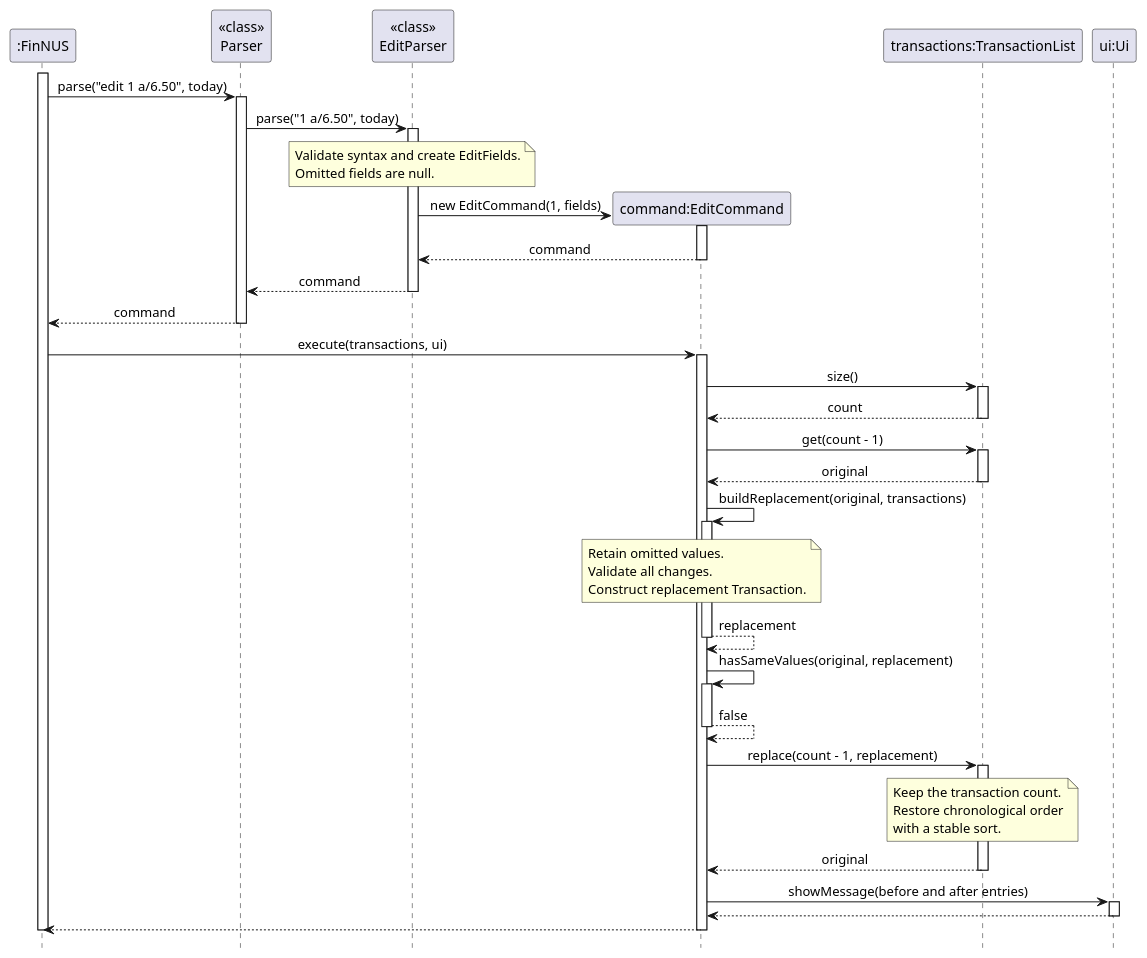
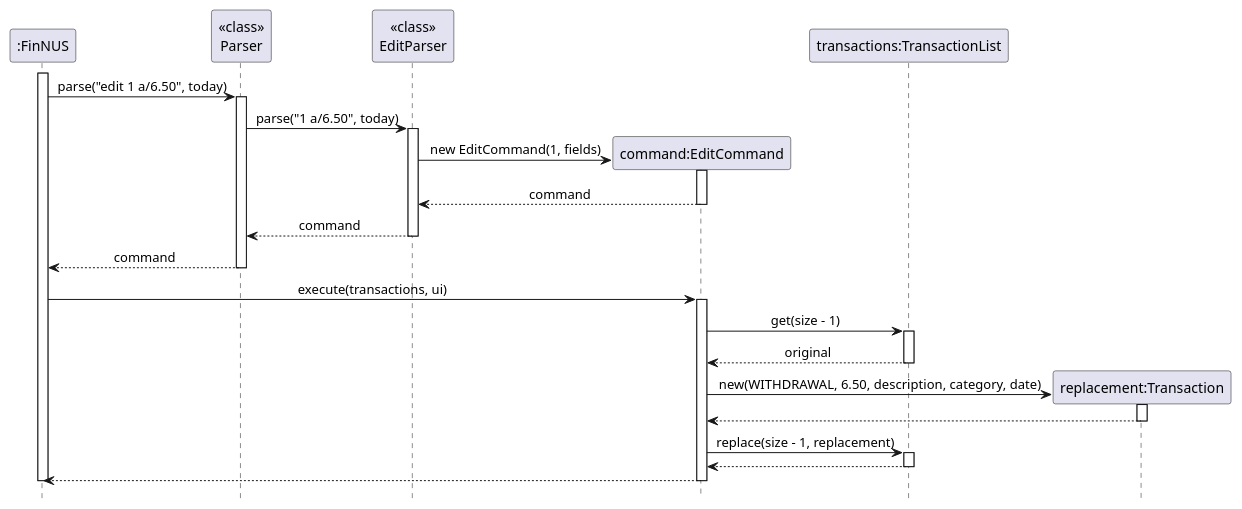
One commit to AY2627S1-CS2113-W13-2/tp changed the diagram in docs/diagrams/EditSequenceDiagram.puml. Above: the diagram before and after it, drawn with PlantUML. The commit also changed 1 other file, not shown here.

Commit message:
Simplify UML diagram of EditSequenceDiagram.puml in DG

```diff
--- a/docs/diagrams/EditSequenceDiagram.puml
+++ b/docs/diagrams/EditSequenceDiagram.puml
@@ -1,75 +1,50 @@
 @startuml EditSequenceDiagram
 ' Successful edit of an SGD withdrawal from $4.50 to $6.50.
-' Assumes a valid index and changed values; allowance handling, logging and saving are omitted.
+' Assumes a valid, changed entry. Validation details, UI output, allowance handling and saving are omitted.
 hide footbox
 skinparam shadowing false
 skinparam sequenceMessageAlign center
 
 participant ":FinNUS" as App
 participant "<<class>>\nParser" as Parser
 participant "<<class>>\nEditParser" as EditParser
 participant "command:EditCommand" as Command
 participant "transactions:TransactionList" as Ledger
-participant "ui:Ui" as Ui
+participant "replacement:Transaction" as Replacement
 
 activate App
 App -> Parser : parse("edit 1 a/6.50", today)
 activate Parser
 Parser -> EditParser : parse("1 a/6.50", today)
 activate EditParser
-note over EditParser
-  Validate syntax and create EditFields.
-  Omitted fields are null.
-end note
 create Command
 EditParser -> Command : new EditCommand(1, fields)
 activate Command
 Command --> EditParser : command
 deactivate Command
 EditParser --> Parser : command
 deactivate EditParser
 Parser --> App : command
 deactivate Parser
 
 App -> Command : execute(transactions, ui)
 activate Command
-Command -> Ledger : size()
-activate Ledger
-Ledger --> Command : count
-deactivate Ledger
-Command -> Ledger : get(count - 1)
+Command -> Ledger : get(size - 1)
 activate Ledger
 Ledger --> Command : original
 deactivate Ledger
 
-Command -> Command : buildReplacement(original, transactions)
-activate Command
-note over Command
-  Retain omitted values.
-  Validate all changes.
-  Construct replacement Transaction.
-end note
-Command --> Command : replacement
-deactivate Command
-Command -> Command : hasSameValues(original, replacement)
-activate Command
-Command --> Command : false
-deactivate Command
+create Replacement
+Command -> Replacement : new(WITHDRAWAL, 6.50, description, category, date)
+activate Replacement
+Replacement --> Command
+deactivate Replacement
 
-Command -> Ledger : replace(count - 1, replacement)
+Command -> Ledger : replace(size - 1, replacement)
 activate Ledger
-note over Ledger
-  Keep the transaction count.
-  Restore chronological order
-  with a stable sort.
-end note
-Ledger --> Command : original
+Ledger --> Command
 deactivate Ledger
-Command -> Ui : showMessage(before and after entries)
-activate Ui
-Ui --> Command
-deactivate Ui
 Command --> App
 deactivate Command
 deactivate App
 @enduml
```
